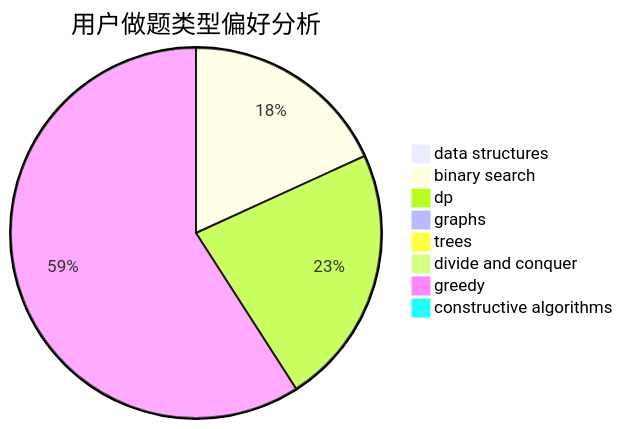
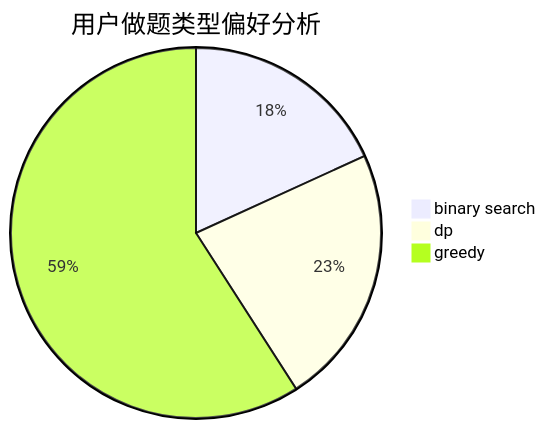
The second of 3 diagrams in docs/user/u1005.md (sherpahu/cfrs.github.io), drawn with Mermaid before and after one commit. The commit also changed other lines of this file and 2770 other files, not shown here.

````diff
--- a/docs/user/u1005.md
+++ b/docs/user/u1005.md
@@ -18,11 +14,6 @@
 ```mermaid
 pie title 用户做题类型偏好分析
-    "data structures" :  0
     "binary search" :  4
     "dp" :  5
-    "graphs" :  0
-    "trees" :  0
-    "divide and conquer" :  0
     "greedy" :  13
-    "constructive algorithms" :  0
 ```
````
